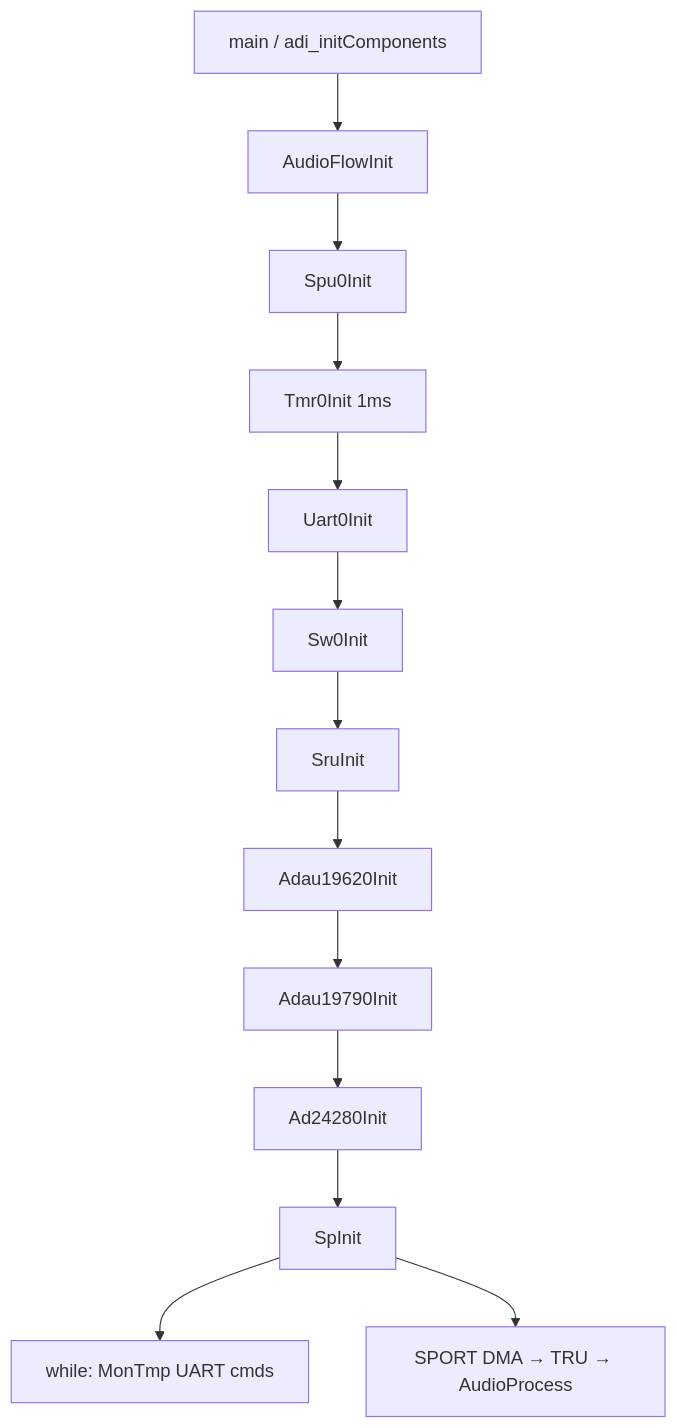
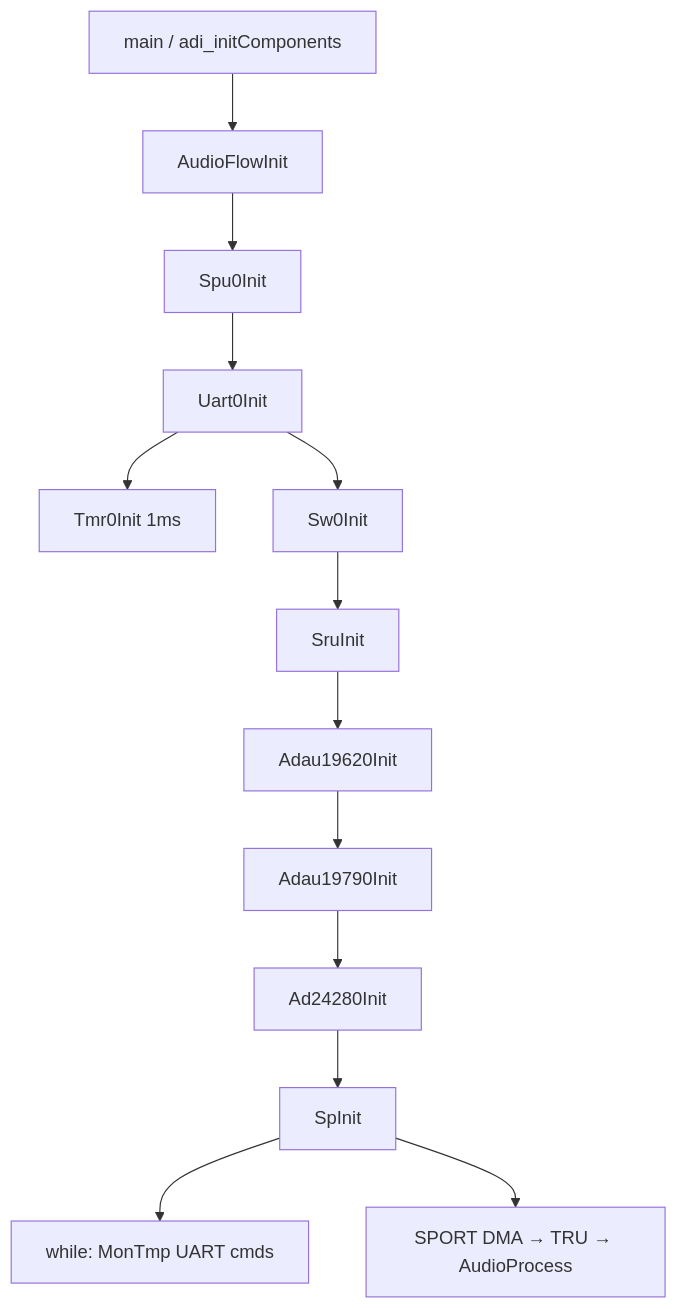
Before and after one commit to liang-nian/adsp21593_framework: the first of 2 diagrams in doc/hardware.md, drawn with Mermaid. The commit also changed 25 other files, not shown here.

````diff
--- a/doc/hardware.md
+++ b/doc/hardware.md
@@ -34,15 +34,15 @@
 ```mermaid
 flowchart TB
   MAIN[main / adi_initComponents] --> AF[AudioFlowInit]
   AF --> SPU[Spu0Init]
-  SPU --> TMR[Tmr0Init 1ms]
-  TMR --> UART[Uart0Init]
+  SPU --> UART[Uart0Init]
+  UART --> TMR[Tmr0Init 1ms]
   UART --> SW[Sw0Init]
   SW --> SRU[SruInit]
   SRU --> DACI[Adau19620Init]
   DACI --> ADCI[Adau19790Init]
   ADCI --> A2B[Ad24280Init]
   A2B --> SP[SpInit]
   SP --> LOOP[while: MonTmp UART cmds]
   SP --> ISR[SPORT DMA → TRU → AudioProcess]
 ```
````
